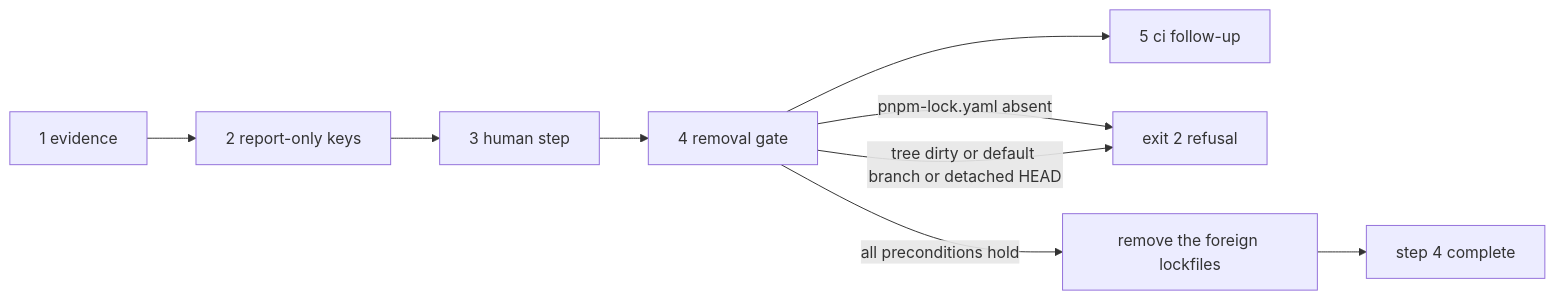
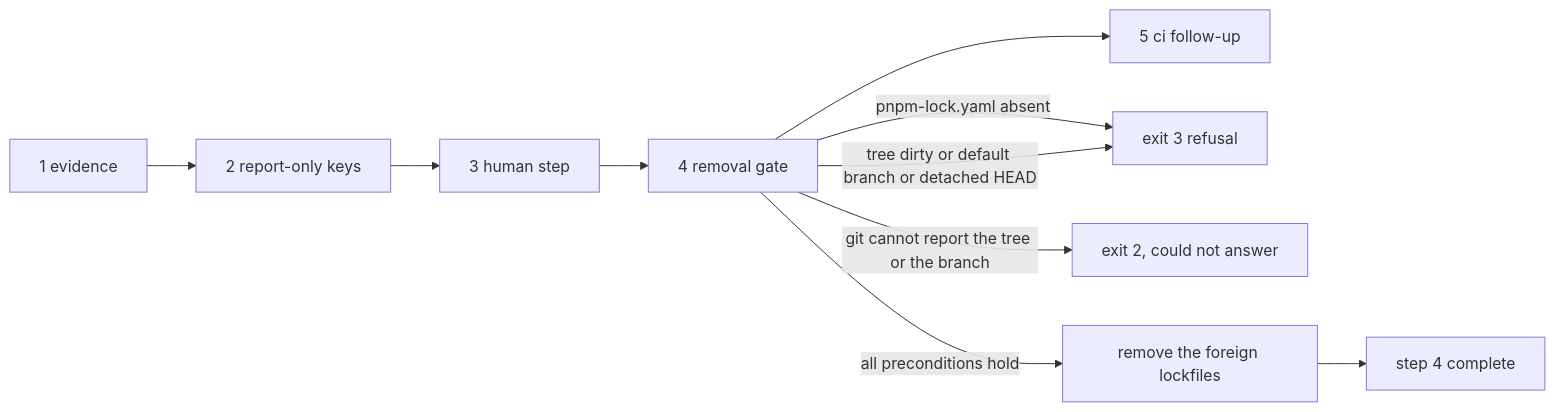
The fifth of 8 diagrams in docs/architecture.md (MaxGB23/funky-secure), drawn with Mermaid before and after one commit. The commit also changed other lines of this file and 60 other files, not shown here.

````diff
--- a/docs/architecture.md
+++ b/docs/architecture.md
@@ -133,11 +133,12 @@
 ```mermaid
 flowchart LR
   a["1 evidence"] --> b["2 report-only keys"]
   b --> c["3 human step"]
   c --> d["4 removal gate"]
   d --> e["5 ci follow-up"]
-  d -->|"pnpm-lock.yaml absent"| z["exit 2 refusal"]
+  d -->|"pnpm-lock.yaml absent"| z["exit 3 refusal"]
   d -->|"tree dirty or default branch or detached HEAD"| z
+  d -->|"git cannot report the tree or the branch"| u["exit 2, could not answer"]
   d -->|"all preconditions hold"| r["remove the foreign lockfiles"]
   r --> s["step 4 complete"]
 ```
````
